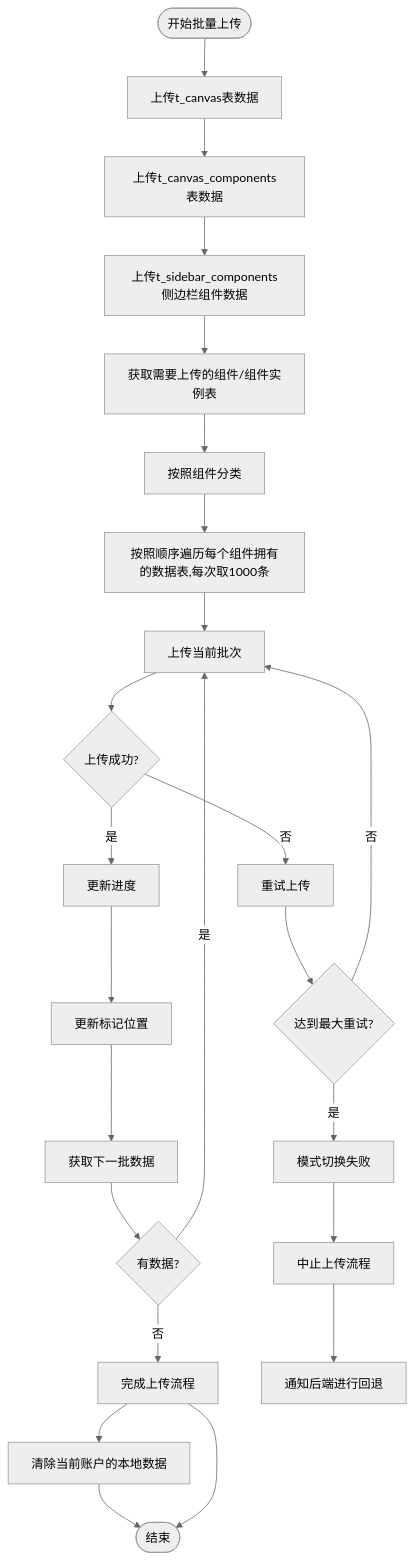
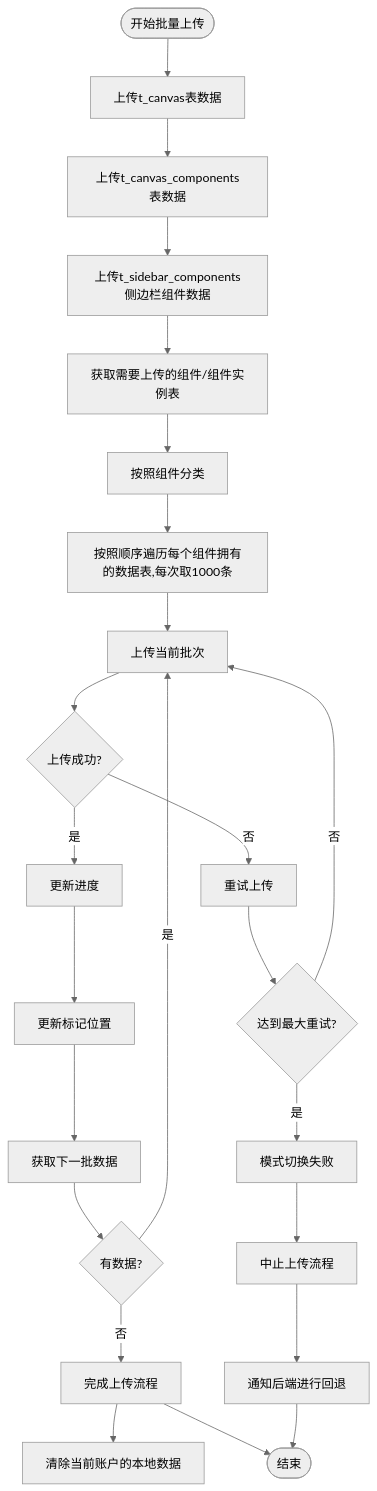
One commit to yingjianzh/iodraw-files changed the diagram in all/未命名-51.md. Above: the diagram before and after it, drawn with Mermaid (neutral theme).

Commit message:
2025-05-08 17:41:56 update

````diff
--- a/all/未命名-51.md
+++ b/all/未命名-51.md
@@ -1,33 +1,33 @@
 ```mermaid
 flowchart TD
     Start([开始批量上传]) --> UploadSpaceData[上传t_canvas表数据]
     UploadSpaceData --> UploadComponentListData[上传t_canvas_components表数据]
     UploadComponentListData --> UploadSiderComponent[上传t_sidebar_components侧边栏组件数据]
     UploadSiderComponent --> FetchData[获取需要上传的组件/组件实例表]
     FetchData --> ClassifyData[按照组件分类]
     ClassifyData --> UploadData[按照顺序遍历每个组件拥有的数据表,每次取1000条]
     UploadData --> UploadBatch[上传当前批次]
     
     UpdateProgress --> UpdateMarker[更新标记位置]
     UpdateMarker --> FetchNextBatch[获取下一批数据]
     
     FetchNextBatch --> CheckResults{有数据?}
     CheckResults -->|否| CompleteUpload[完成上传流程]
     CheckResults -->|是| UploadBatch
 
     
     UploadBatch --> UploadSuccess{上传成功?}
     UploadSuccess -->|是| UpdateProgress[更新进度]
     UploadSuccess -->|否| RetryUpload[重试上传]
     
     RetryUpload --> MaxRetries{达到最大重试?}
     MaxRetries -->|否| UploadBatch
     MaxRetries -->|是| ErrorHandling[模式切换失败]
     
     ErrorHandling --> AbortProcess[中止上传流程]
     AbortProcess --> ReportError[通知后端进行回退]
     
     CompleteUpload --> DeleteLocalData[清除当前账户的本地数据]
-    DeleteLocalData --> End
     CompleteUpload --> End([结束])
+    ReportError --> End
 ```
````
